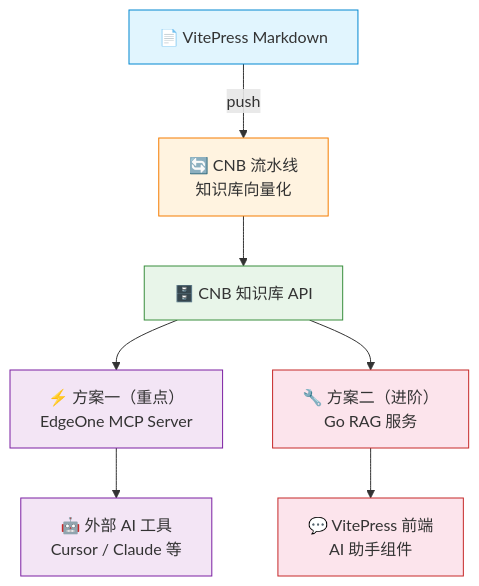
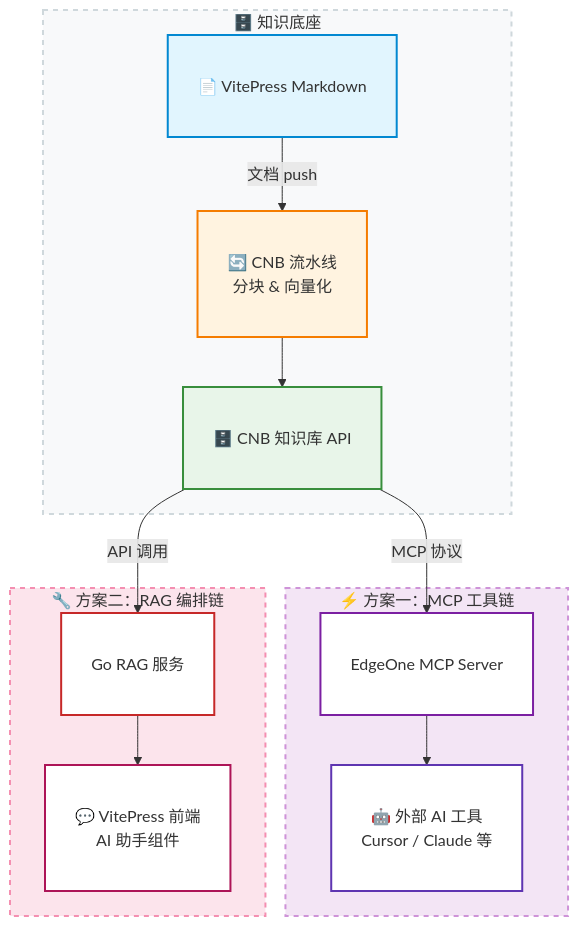
The diagram in features/architecture.md (Mintimate/vector-mcp-edge), drawn with Mermaid before and after one commit. The commit also changed 4 other files, not shown here.

Commit message:
feat(docs): 更新功能与效果导航，优化架构图

````diff
--- a/features/architecture.md
+++ b/features/architecture.md
@@ -7,17 +7,35 @@
 ```mermaid
-flowchart TD
-    A["📄 VitePress Markdown"] -->|push| B["🔄 CNB 流水线<br/>知识库向量化"]
-    B --> C["🗄️ CNB 知识库 API"]
-    C --> D["⚡ 方案一（重点）<br/>EdgeOne MCP Server"]
-    C --> E["🔧 方案二（进阶）<br/>Go RAG 服务"]
-    D --> F["🤖 外部 AI 工具<br/>Cursor / Claude 等"]
-    E --> G["💬 VitePress 前端<br/>AI 助手组件"]
+flowchart TB
+    %% 强制放大字体与节点间距，防止缩放导致字太小
+    classDef default fontSize:16px,padding:16px;
 
-    style A fill:#e1f5fe,stroke:#0288d1
-    style B fill:#fff3e0,stroke:#f57c00
-    style C fill:#e8f5e9,stroke:#388e3c
-    style D fill:#f3e5f5,stroke:#7b1fa2
-    style E fill:#fce4ec,stroke:#c62828
-    style F fill:#f3e5f5,stroke:#7b1fa2
-    style G fill:#fce4ec,stroke:#c62828
+    subgraph Base ["🗄️ 知识底座"]
+        A["📄 VitePress Markdown"] -->|文档 push| B["🔄 CNB 流水线<br/>分块 & 向量化"]
+        B --> C["🗄️ CNB 知识库 API"]
+    end
+
+    subgraph PlanA ["⚡ 方案一：MCP 工具链"]
+        D["EdgeOne MCP Server"] --> F["🤖 外部 AI 工具<br/>Cursor / Claude 等"]
+    end
+
+    subgraph PlanB ["🔧 方案二：RAG 编排链"]
+        E["Go RAG 服务"] --> G["💬 VitePress 前端<br/>AI 助手组件"]
+    end
+
+    C -->|MCP 协议| D
+    C -->|API 调用| E
+
+    %% 泳道/分组样式
+    style Base fill:#f8f9fa,stroke:#cfd8dc,stroke-width:2px,stroke-dasharray: 5 5
+    style PlanA fill:#f3e5f5,stroke:#ce93d8,stroke-width:2px,stroke-dasharray: 5 5
+    style PlanB fill:#fce4ec,stroke:#f48fb1,stroke-width:2px,stroke-dasharray: 5 5
+
+    %% 节点样式
+    style A fill:#e1f5fe,stroke:#0288d1,stroke-width:2px
+    style B fill:#fff3e0,stroke:#f57c00,stroke-width:2px
+    style C fill:#e8f5e9,stroke:#388e3c,stroke-width:2px
+    style D fill:#ffffff,stroke:#7b1fa2,stroke-width:2px
+    style F fill:#ffffff,stroke:#5e35b1,stroke-width:2px
+    style E fill:#ffffff,stroke:#c62828,stroke-width:2px
+    style G fill:#ffffff,stroke:#ad1457,stroke-width:2px
 ```
````
